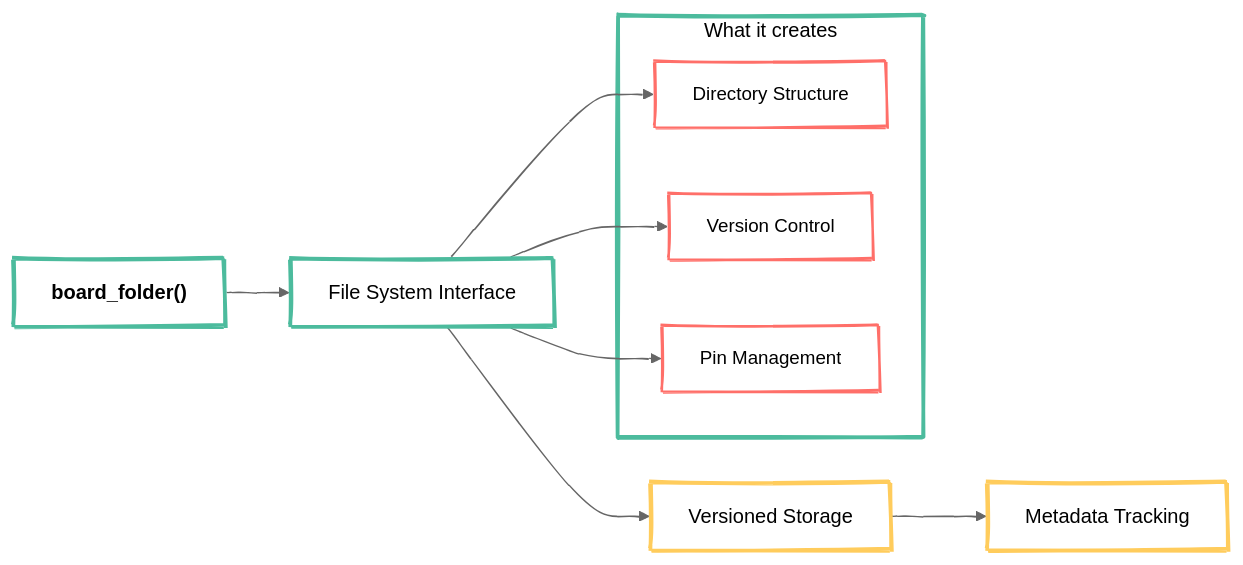
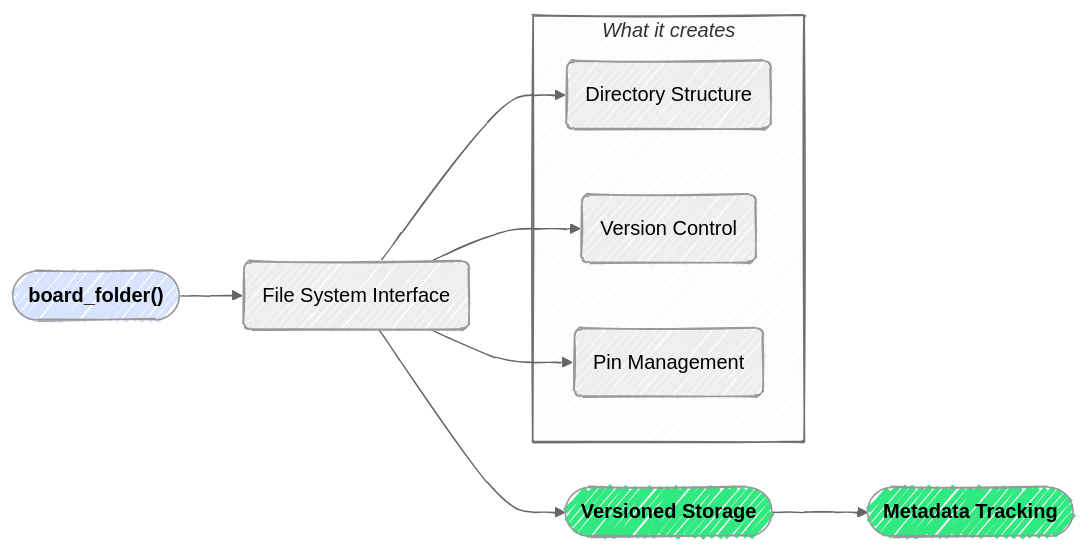
One commit to mjfrigaard/do4ds-labs changed the third of 5 diagrams in lab2.qmd. Above: the diagram before and after it, drawn with Mermaid. The commit also changed other lines of this file and 38 other files, not shown here.

````diff
--- a/lab2.qmd
+++ b/lab2.qmd
@@ -286,32 +284,27 @@
 ```{mermaid}
 %%| fig-cap: 'board_folder()'
 %%| fig-align: center
 %%{init: {'theme': 'neutral', 'look': 'handDrawn', 'themeVariables': { 'fontFamily': 'monospace', "fontSize":"16px"}}}%%
 
 flowchart LR
-    BrdFldr["<strong>board_folder()</strong>"] --> FSI[File System Interface]
-    FSI --> VerStor[Versioned Storage]
-    VerStor --> MetaTr[Metadata Tracking]
+    BrdFldr(["<strong>board_folder()</strong>"]) --> FSI("File System Interface")
+    FSI --> VerStor(["<strong>Versioned Storage</strong>"])
+    VerStor --> MetaTr(["<strong>Metadata Tracking</strong>"])
     
-    subgraph BF["What it creates"]
-        DirStr[Directory Structure]
-        VerCont[Version Control]
-        PinMngMnt[Pin Management]
+    subgraph BF["<em>What it creates</em>"]
+        DirStr("Directory Structure")
+        VerCont("Version Control")
+        PinMngMnt("Pin Management")
     end
     
     FSI --> DirStr
     FSI --> VerCont
     FSI --> PinMngMnt
-    
-    style BrdFldr fill:#FFF,stroke:#4CBB9D,color:#000,stroke-width:3px,rx:10,ry:10,font-size:16px
-    style FSI fill:#FFF,stroke:#4CBB9D,color:#000,stroke-width:3px,rx:10,ry:10,font-size:16px
-    style BF fill:#FFF,stroke:#4CBB9D,color:#000,stroke-width:3px,rx:10,ry:10,font-size:16px
-    
-    style DirStr fill:#FFF,stroke:#ff6f69,color:#000,stroke-width:2px,rx:5,ry:5,font-size:15px
-    style VerCont fill:#FFF,stroke:#ff6f69,color:#000,stroke-width:2px,rx:5,ry:5,font-size:15px
-    style PinMngMnt fill:#FFF,stroke:#ff6f69,color:#000,stroke-width:2px,rx:5,ry:5,font-size:15px
-    
-    style VerStor fill:#FFF,stroke:#ffcc5c,color:#000,stroke-width:3px,rx:10,ry:10,font-size:16px
-    style MetaTr fill:#FFF,stroke:#ffcc5c,color:#000,stroke-width:3px,rx:10,ry:10,font-size:16px
+
+    %% Style for outputs %%
+    style BrdFldr fill:#d8e4ff
+    style VerStor fill:#31e981
+    style MetaTr fill:#31e981
+
 
 ```
````
